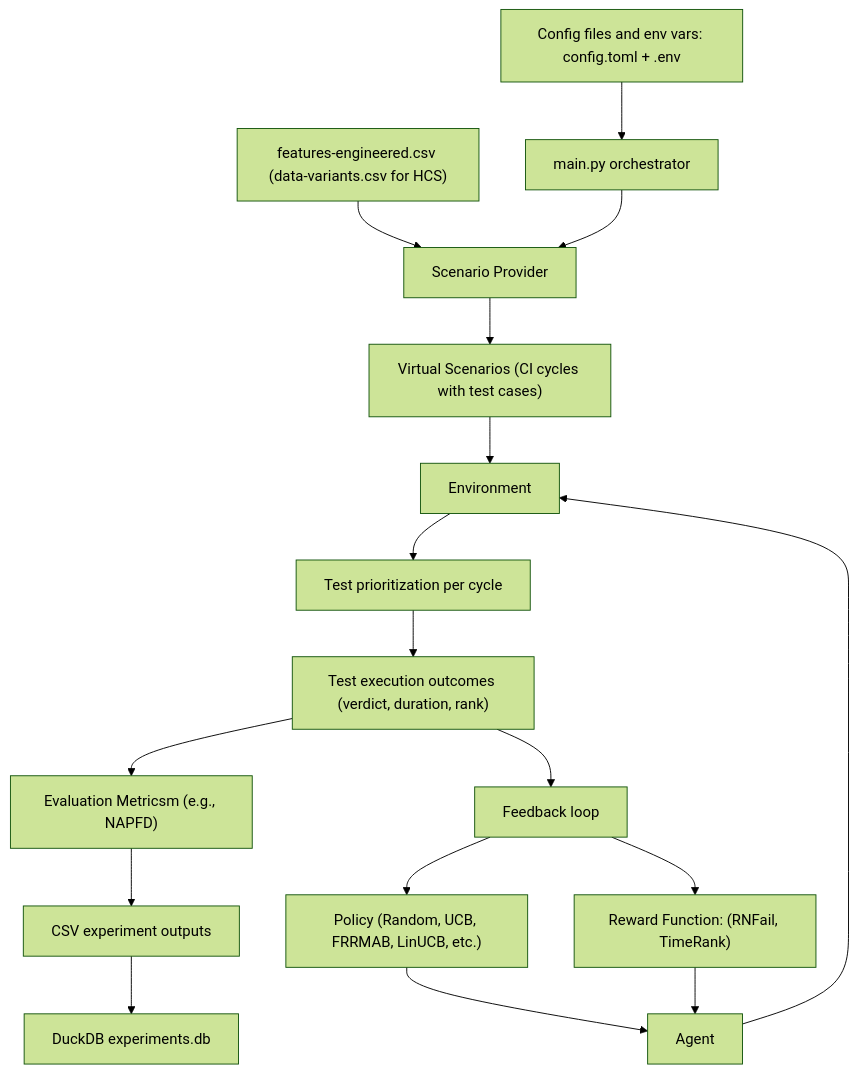
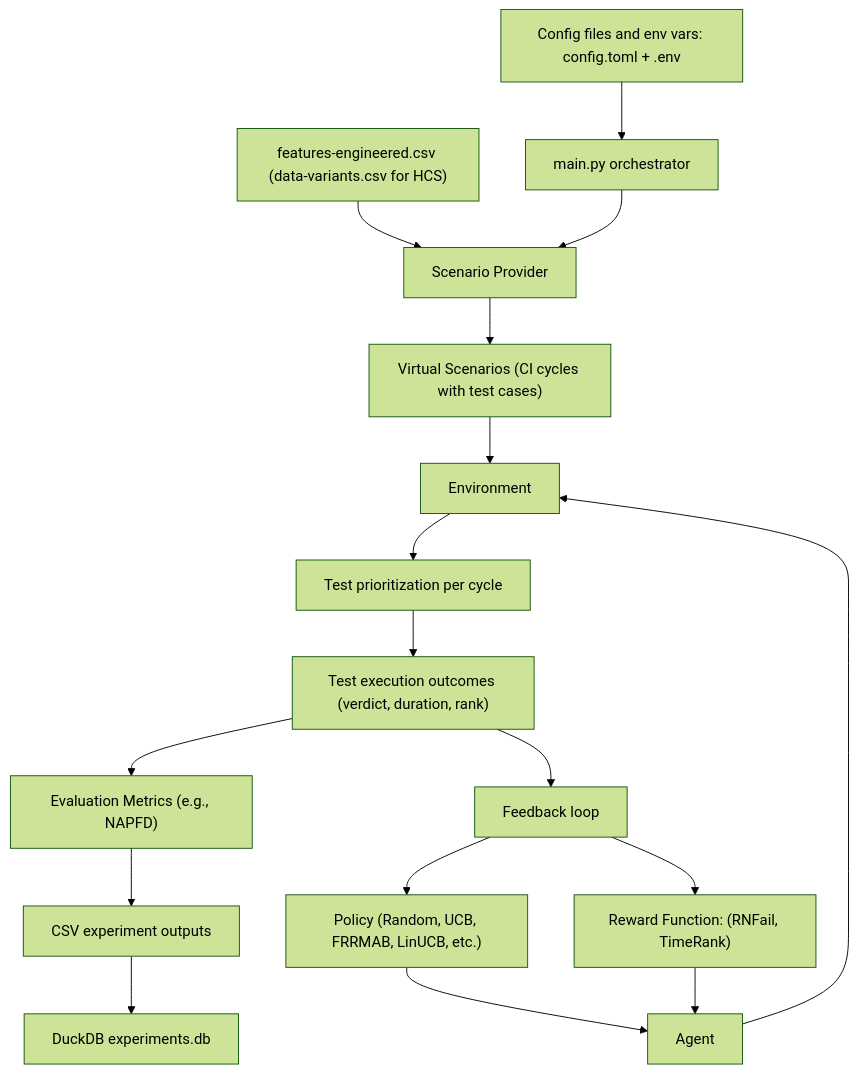
One commit to jacksonpradolima/coleman4hcs changed the diagram in README.md. Above: the diagram before and after it, drawn with Mermaid (forest theme).

````diff
--- a/README.md
+++ b/README.md
@@ -181,23 +181,23 @@
 ```mermaid
 flowchart TD
     A[Config files and env vars: config.toml + .env] --> B[main.py orchestrator]
     C["features-engineered.csv (data-variants.csv for HCS)"] --> D[Scenario Provider]
     B --> D
 
     D --> E["Virtual Scenarios (CI cycles with test cases)"]
     E --> F[Environment]
 
     G["Policy (Random, UCB, FRRMAB, LinUCB, etc.)"] --> H[Agent]
     I["Reward Function: (RNFail, TimeRank)"] --> H
     H --> F
 
     F --> J[Test prioritization per cycle]
     J --> K["Test execution outcomes (verdict, duration, rank)"]
-    K --> L["Evaluation Metricsm (e.g., NAPFD)"]
+    K --> L["Evaluation Metrics (e.g., NAPFD)"]
     L --> M[CSV experiment outputs]
     M --> N[DuckDB experiments.db]
 
     K --> O[Feedback loop]
     O --> I
     O --> G
 ```
````
